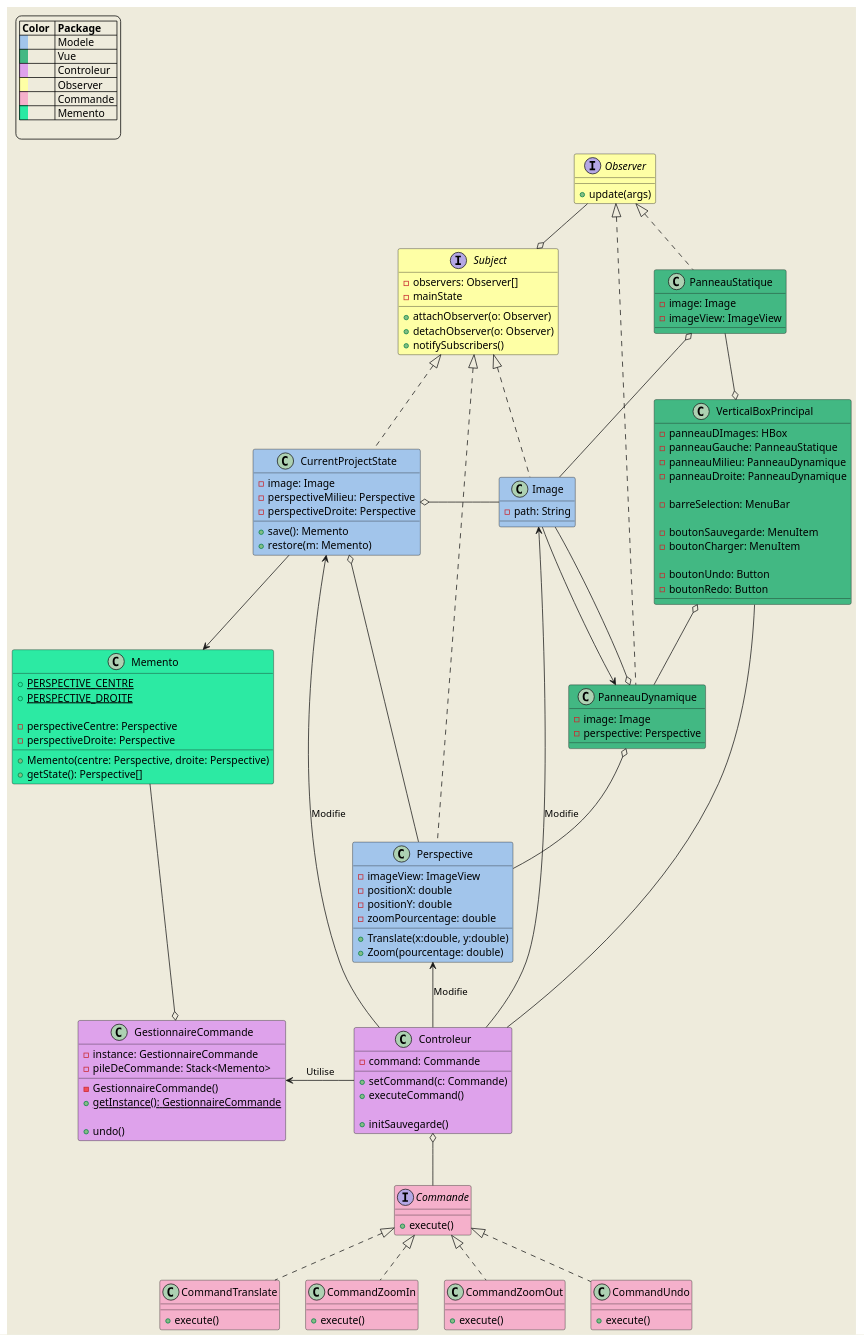
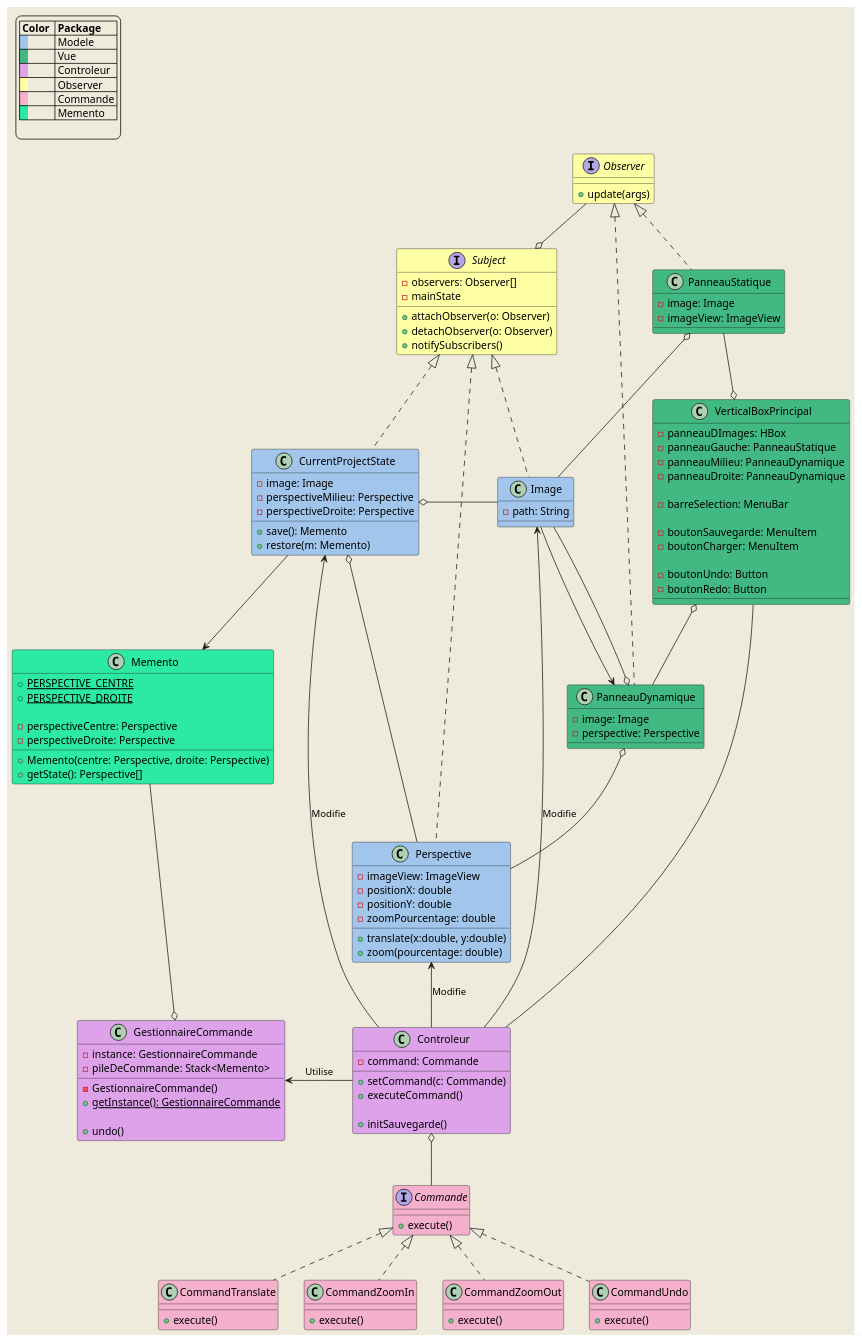
One commit to VelaSam/PerspectivePro changed the diagram in src/diagrammes/diagramme_de_classe_global.puml. Above: the diagram before and after it, drawn with PlantUML. The commit also changed 1 other file, not shown here.

Commit message:
Uml ajustement pour méthode sans maj

```diff
--- a/src/diagrammes/diagramme_de_classe_global.puml
+++ b/src/diagrammes/diagramme_de_classe_global.puml
@@ -121,8 +121,8 @@
         -zoomPourcentage: double
 
 
-        +Translate(x:double, y:double)
-        +Zoom(pourcentage: double)
+        +translate(x:double, y:double)
+        +zoom(pourcentage: double)
 
     }
 
```
